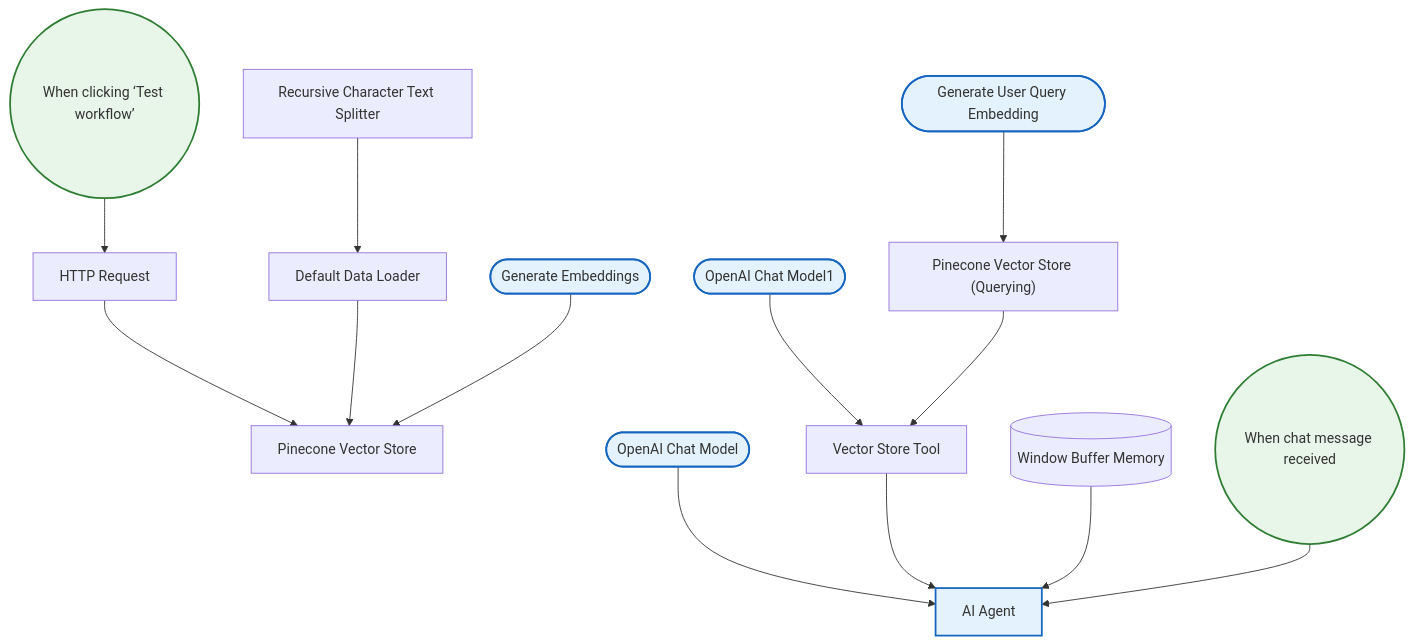
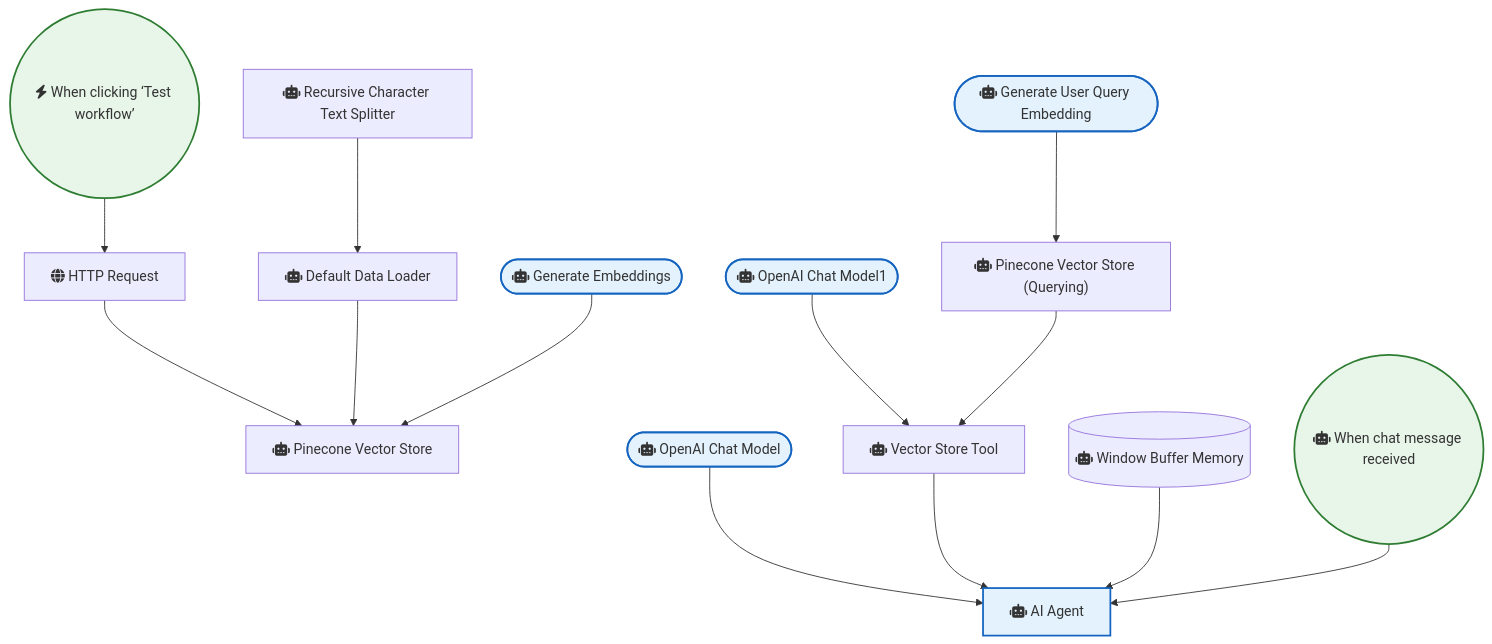
One commit to sreyash3105/N8N-DEMO-AUTOMATIONS changed the diagram in AI_Research_RAG_and_Data_Analysis/Chat with Github Openapi Specification Using Rag Pinecone and Openai.md. Above: the diagram before and after it, drawn with Mermaid. The commit also changed 291 other files, not shown here.

````diff
--- a/AI_Research_RAG_and_Data_Analysis/Chat with Github Openapi Specification Using Rag Pinecone and Openai.md
+++ b/AI_Research_RAG_and_Data_Analysis/Chat with Github Openapi Specification Using Rag Pinecone and Openai.md
@@ -1,34 +1,34 @@
 ```mermaid
 graph TD
     classDef trigger fill:#e8f5e9,stroke:#2e7d32,stroke-width:2px;
     classDef ai fill:#e3f2fd,stroke:#1565c0,stroke-width:2px;
     classDef logic fill:#fff3e0,stroke:#ef6c00,stroke-width:2px;
 
-    When_clicking__Test_workflow_(("When clicking ‘Test workflow’")):::trigger
-    HTTP_Request["HTTP Request"]
-    Pinecone_Vector_Store["Pinecone Vector Store"]
-    Default_Data_Loader["Default Data Loader"]
-    Recursive_Character_Text_Splitter["Recursive Character Text Splitter"]
-    When_chat_message_received(("When chat message received")):::trigger
-    AI_Agent["AI Agent"]:::ai
-    OpenAI_Chat_Model(["OpenAI Chat Model"]):::ai
-    Window_Buffer_Memory[("Window Buffer Memory")]
-    Vector_Store_Tool["Vector Store Tool"]
-    OpenAI_Chat_Model1(["OpenAI Chat Model1"]):::ai
-    Generate_User_Query_Embedding(["Generate User Query Embedding"]):::ai
-    Pinecone_Vector_Store__Querying_["Pinecone Vector Store (Querying)"]
-    Generate_Embeddings(["Generate Embeddings"]):::ai
+    When_clicking__Test_workflow_(("fas:fa-bolt When clicking ‘Test workflow’")):::trigger
+    HTTP_Request["fas:fa-globe HTTP Request"]
+    Pinecone_Vector_Store["fas:fa-robot Pinecone Vector Store"]
+    Default_Data_Loader["fas:fa-robot Default Data Loader"]
+    Recursive_Character_Text_Splitter["fas:fa-robot Recursive Character Text Splitter"]
+    When_chat_message_received(("fas:fa-robot When chat message received")):::trigger
+    AI_Agent["fas:fa-robot AI Agent"]:::ai
+    OpenAI_Chat_Model(["fas:fa-robot OpenAI Chat Model"]):::ai
+    Window_Buffer_Memory[("fas:fa-robot Window Buffer Memory")]
+    Vector_Store_Tool["fas:fa-robot Vector Store Tool"]
+    OpenAI_Chat_Model1(["fas:fa-robot OpenAI Chat Model1"]):::ai
+    Generate_User_Query_Embedding(["fas:fa-robot Generate User Query Embedding"]):::ai
+    Pinecone_Vector_Store__Querying_["fas:fa-robot Pinecone Vector Store (Querying)"]
+    Generate_Embeddings(["fas:fa-robot Generate Embeddings"]):::ai
 
     HTTP_Request --> Pinecone_Vector_Store
     OpenAI_Chat_Model --> AI_Agent
     Vector_Store_Tool --> AI_Agent
     OpenAI_Chat_Model1 --> Vector_Store_Tool
     Default_Data_Loader --> Pinecone_Vector_Store
     Generate_Embeddings --> Pinecone_Vector_Store
     Window_Buffer_Memory --> AI_Agent
     When_chat_message_received --> AI_Agent
     Generate_User_Query_Embedding --> Pinecone_Vector_Store__Querying_
     Pinecone_Vector_Store__Querying_ --> Vector_Store_Tool
     Recursive_Character_Text_Splitter --> Default_Data_Loader
     When_clicking__Test_workflow_ --> HTTP_Request
 ```
````
